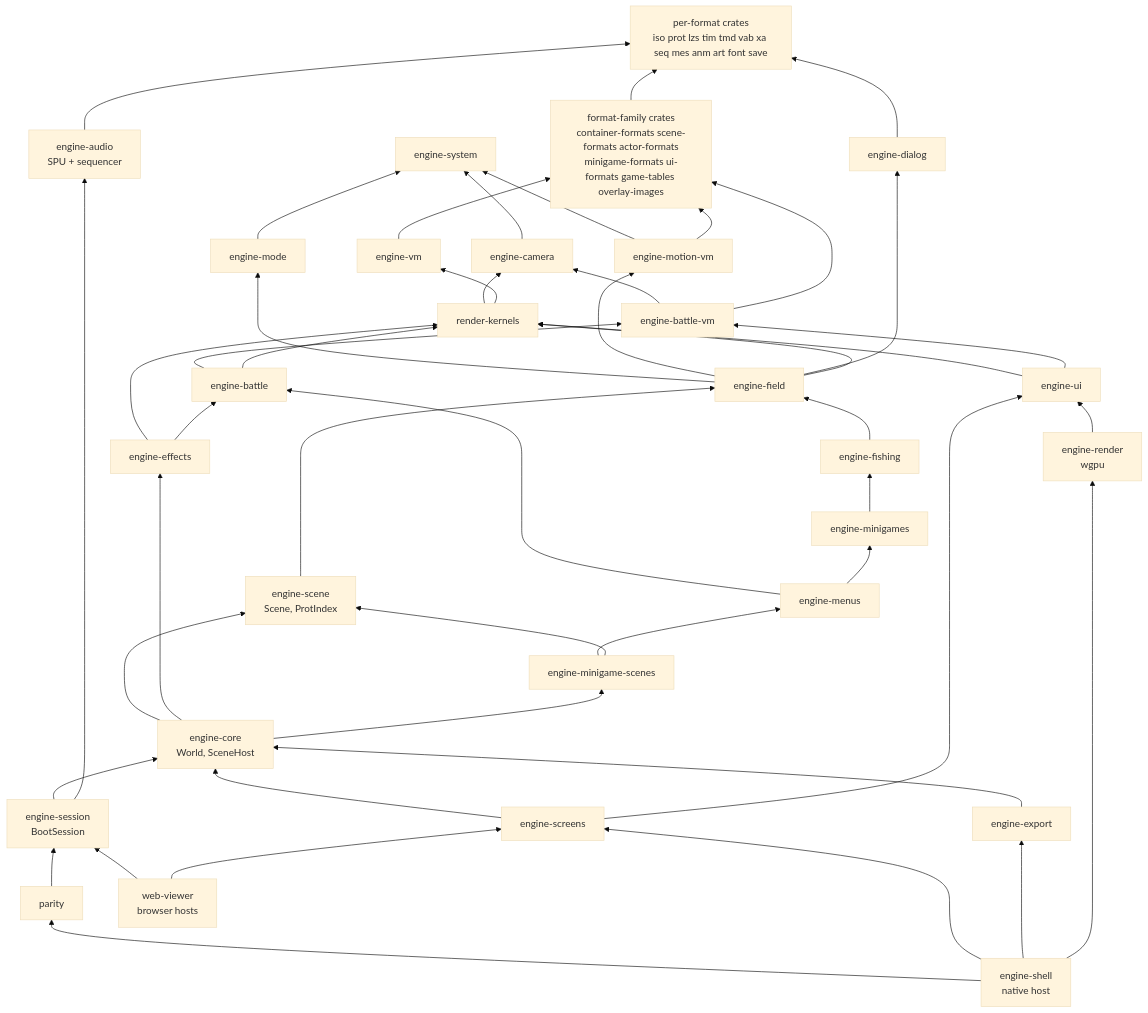
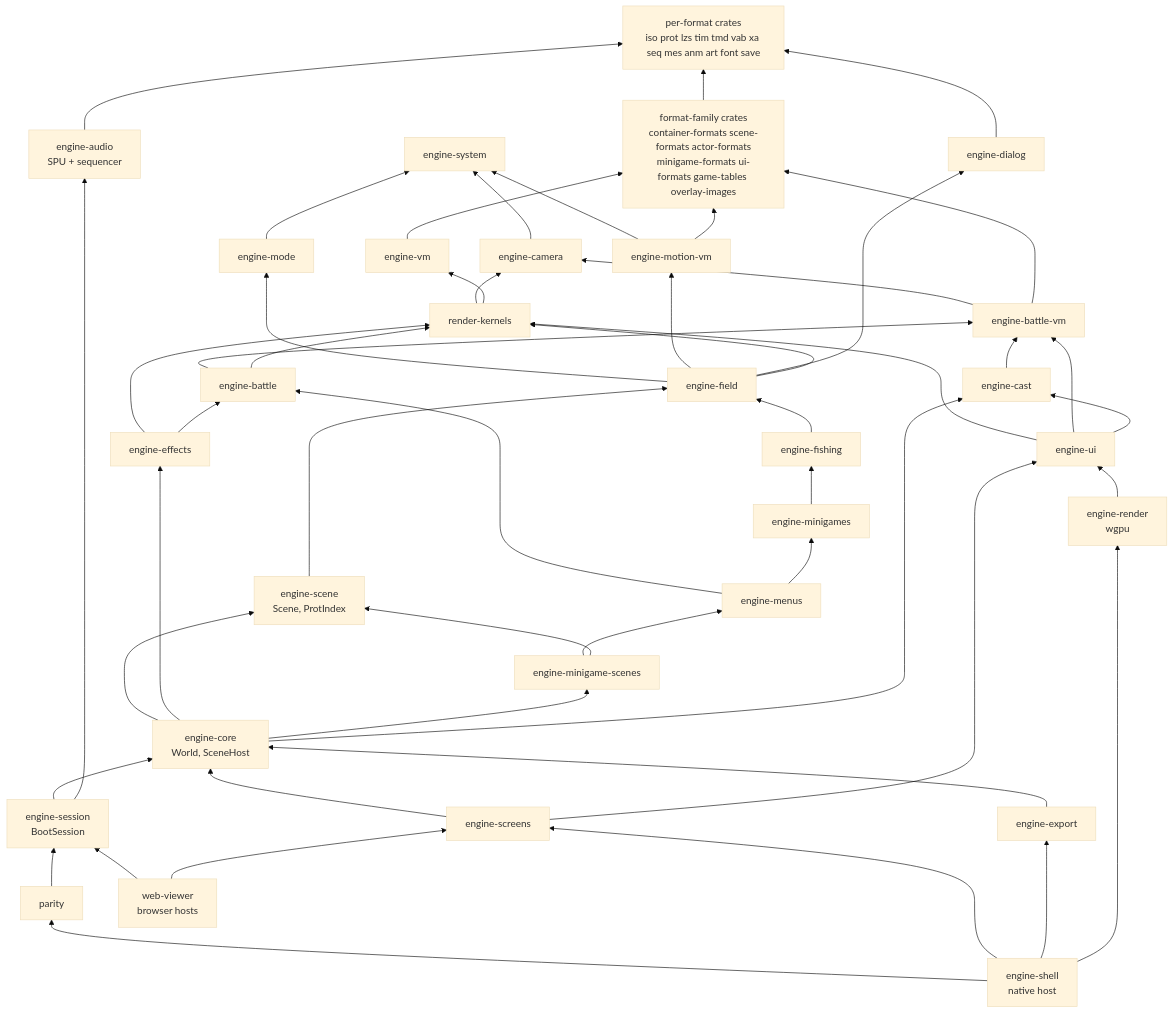
The first of 4 diagrams in docs/subsystems/engine.md (AndrewAltimit/legend-of-legaia-re), drawn with Mermaid (base theme) before and after one commit. The commit also changed other lines of this file and 480 other files, not shown here.

First line of the commit message:
Gap wave 6: unseeded run reaches the credits (35/35), BIOS rand stream, engine-cast crate, host parity (#529)

````diff
--- a/docs/subsystems/engine.md
+++ b/docs/subsystems/engine.md
@@ -41,77 +41,81 @@
 ```mermaid
 flowchart BT
     FMT["per-format crates<br/>iso prot lzs tim tmd vab xa seq mes anm art font save"]
     FAM["format-family crates<br/>container-formats scene-formats actor-formats<br/>minigame-formats ui-formats game-tables overlay-images"]
     ESYS["engine-system"]
     EMODE["engine-mode"]
     EDLG["engine-dialog"]
     ECAM["engine-camera"]
     EBV["engine-battle-vm"]
+    ECAST["engine-cast"]
     EMV["engine-motion-vm"]
     EVM["engine-vm"]
     EB["engine-battle"]
     RK["render-kernels"]
     EFX["engine-effects"]
     EFIELD["engine-field"]
     EFISH["engine-fishing"]
     EMG["engine-minigames"]
     EMENU["engine-menus"]
     EMGS["engine-minigame-scenes"]
     ESCN["engine-scene<br/>Scene, ProtIndex"]
     CORE["engine-core<br/>World, SceneHost"]
     EUI["engine-ui"]
     EREN["engine-render<br/>wgpu"]
     EAUD["engine-audio<br/>SPU + sequencer"]
     SESS["engine-session<br/>BootSession"]
     SCR["engine-screens"]
     EXP["engine-export"]
     PAR["parity"]
     SHELL["engine-shell<br/>native host"]
     WEB["web-viewer<br/>browser hosts"]
 
     FAM --> FMT
     EDLG --> FMT
     EMODE --> ESYS
     ECAM --> ESYS
     EBV --> ECAM
     EBV --> FAM
     EMV --> ESYS
     EMV --> FAM
     EVM --> FAM
     EB --> EBV
+    ECAST --> EBV
     EB --> RK
     RK --> ECAM
     RK --> EVM
     EFX --> RK
     EFX --> EB
     EFIELD --> EMODE
     EFIELD --> EMV
     EFIELD --> EDLG
     EFIELD --> RK
     EMENU --> EB
     EFISH --> EFIELD
     EMG --> EFISH
     EMENU --> EMG
     EMGS --> EMENU
     EMGS --> ESCN
     ESCN --> EFIELD
     CORE --> ESCN
     CORE --> EFX
     CORE --> EMGS
+    CORE --> ECAST
     EUI --> RK
     EUI --> EBV
+    EUI --> ECAST
     EREN --> EUI
     EAUD --> FMT
     SESS --> CORE
     SESS --> EAUD
     SCR --> CORE
     SCR --> EUI
     PAR --> SESS
     SHELL --> PAR
     SHELL --> SCR
     SHELL --> EXP
     EXP --> CORE
     SHELL --> EREN
     WEB --> SESS
     WEB --> SCR
 ```
````
